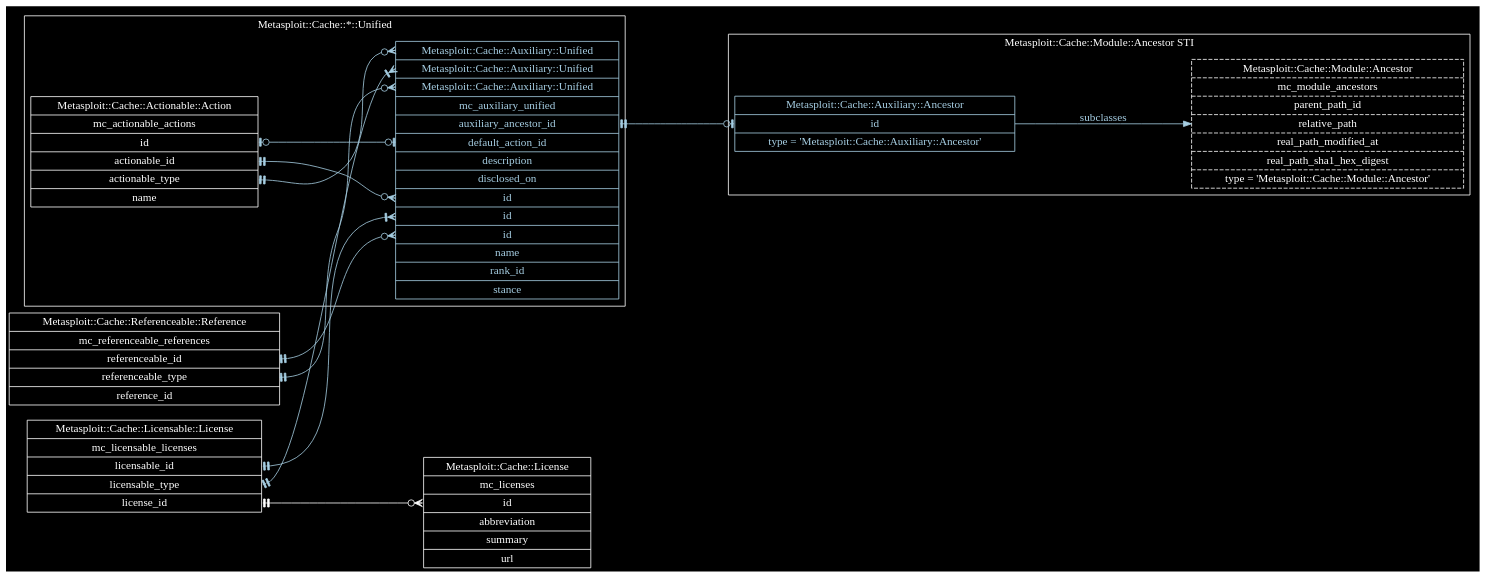
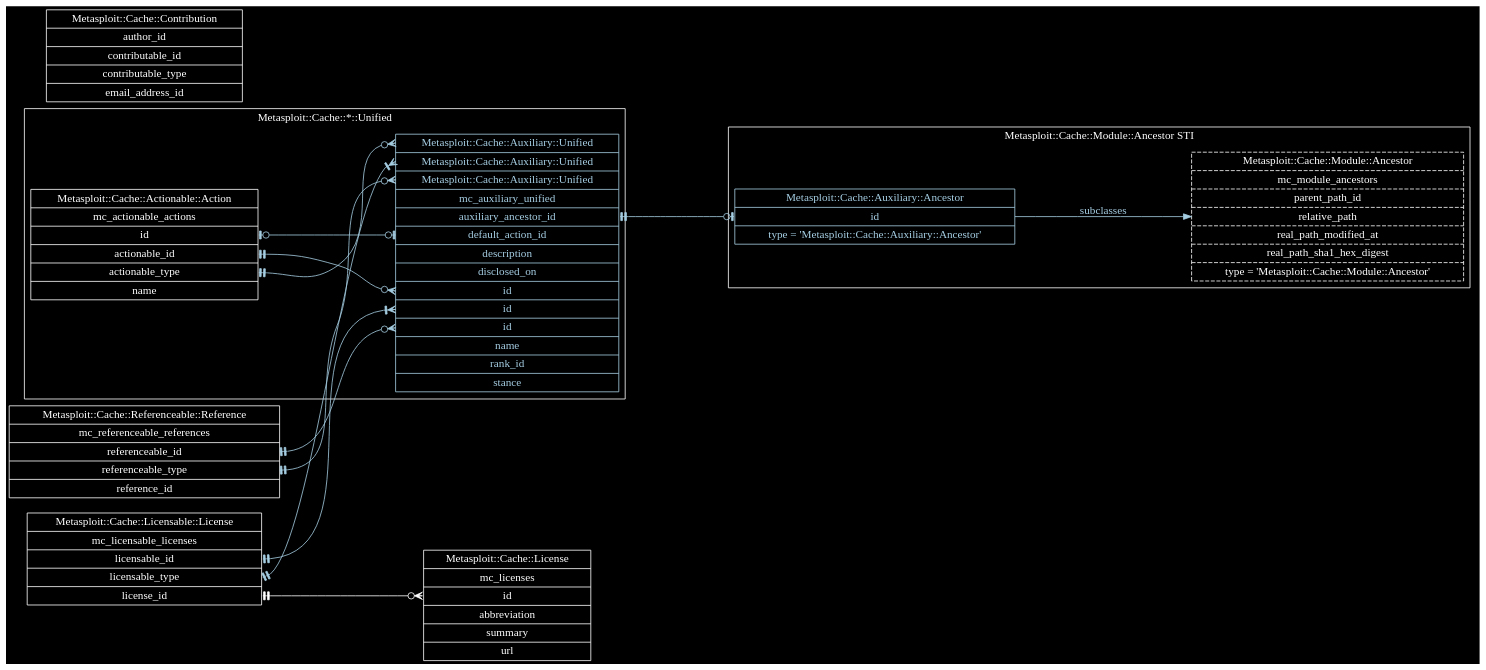
Before and after one commit to rapid7/metasploit-cache: the diagram in docs/metasploit-cache-read-model.dot, drawn with Graphviz.

Commit message:
Metasploit::Cache::Contribution in read model
MSP-12192

```diff
--- a/docs/metasploit-cache-read-model.dot
+++ b/docs/metasploit-cache-read-model.dot
@@ -1,130 +1,133 @@
 digraph "Metasploit::Cache Read Model" {
   edge [
     color = "white"
     fontcolor = "white"
   ]
   graph [
     bgcolor = "black"
     rankdir = "LR"
     ranksep = "2"
   ]
   node [
     color = "white"
     fontcolor = "white"
     shape = "record"
   ]
 
   "Metasploit::Cache::Actionable::Action" [
     label = "Metasploit::Cache::Actionable::Action | mc_actionable_actions | <id>id | <actionable_id>actionable_id | <actionable_type>actionable_type | name"
   ]
 
   "Metasploit::Cache::Actionable::Action":actionable_id -> "Metasploit::Cache::Auxiliary::Unified":id_for_actionable_id [
     arrowhead = "crowodot"
     arrowtail = "teetee"
     color = "/paired9/1"
     dir = "both"
   ]
 
   "Metasploit::Cache::Actionable::Action":actionable_type -> "Metasploit::Cache::Auxiliary::Unified":type_for_actionable_type [
     arrowhead = "crowodot"
     arrowtail = "teetee"
     color = "/paired9/1"
     dir = "both"
   ]
 
+  "Metasploit::Cache::Contribution" [
+    label = "Metasploit::Cache::Contribution | author_id | <contributable_id>contributable_id | <contributable_type>contributable_type | email_address_id"
+  ]
 
   "Metasploit::Cache::License" [
     label = "Metasploit::Cache::License | mc_licenses | <id>id | abbreviation | summary | url"
   ]
 
   "Metasploit::Cache::Licensable::License" [
     label = "Metasploit::Cache::Licensable::License | mc_licensable_licenses | <licensable_id>licensable_id | <licensable_type>licensable_type | <license_id>license_id"
   ]
 
   "Metasploit::Cache::Licensable::License":licensable_id -> "Metasploit::Cache::Auxiliary::Unified":id_for_licensable_id [
     arrowhead = "crowtee"
     arrowtail = "teetee"
     color = "/paired9/1"
     dir = "both"
   ]
 
   "Metasploit::Cache::Licensable::License":licensable_type -> "Metasploit::Cache::Auxiliary::Unified":type_for_licensable_type [
     arrowhead = "crowtee"
     arrowtail = "teetee"
     color = "/paired9/1"
     dir = "both"
   ]
 
   "Metasploit::Cache::Licensable::License":license_id -> "Metasploit::Cache::License":id [
     arrowhead = "crowodot"
     arrowtail = "teetee"
     dir = "both"
   ]
 
   "Metasploit::Cache::Referenceable::Reference" [
     label = "Metasploit::Cache::Referenceable::Reference | mc_referenceable_references | <referenceable_id>referenceable_id | <referenceable_type>referenceable_type | reference_id"
   ]
 
   "Metasploit::Cache::Referenceable::Reference":referenceable_id -> "Metasploit::Cache::Auxiliary::Unified":id_for_referenceable_id [
     arrowhead = "crowodot"
     arrowtail = "teetee"
     color = "/paired9/1"
     dir = "both"
   ]
 
   "Metasploit::Cache::Referenceable::Reference":referenceable_type -> "Metasploit::Cache::Auxiliary::Unified":type_for_referenceable_type [
     arrowhead = "crowodot"
     arrowtail = "teetee"
     color = "/paired9/1"
     dir = "both"
   ]
 
   subgraph cluster_mc_module_ancestors {
     color = "white"
     fontcolor = "white"
     label = "Metasploit::Cache::Module::Ancestor STI"
 
     "Metasploit::Cache::Module::Ancestor" [
       label = "Metasploit::Cache::Module::Ancestor | mc_module_ancestors | parent_path_id | relative_path | real_path_modified_at | real_path_sha1_hex_digest | type = 'Metasploit::Cache::Module::Ancestor'"
       style = "dashed"
     ]
 
     "Metasploit::Cache::Auxiliary::Ancestor" [
       fontcolor = "/paired9/1"
       label = "Metasploit::Cache::Auxiliary::Ancestor | <id>id | type = 'Metasploit::Cache::Auxiliary::Ancestor'"
       color = "/paired9/1"
     ]
 
     "Metasploit::Cache::Auxiliary::Ancestor" -> "Metasploit::Cache::Module::Ancestor" [
       color = "/paired9/1"
       fontcolor = "/paired9/1"
       label = "subclasses"
     ]
   }
 
   subgraph cluster_metasploit_cache_unified {
     color = "white"
     fontcolor = "white"
     label = "Metasploit::Cache::*::Unified"
 
     "Metasploit::Cache::Auxiliary::Unified" [
       color = "/paired9/1"
       fontcolor = "/paired9/1"
       label = "<type_for_actionable_type>Metasploit::Cache::Auxiliary::Unified | <type_for_licensable_type>Metasploit::Cache::Auxiliary::Unified | <type_for_referenceable_type>Metasploit::Cache::Auxiliary::Unified | mc_auxiliary_unified | <auxiliary_ancestor_id>auxiliary_ancestor_id | <default_action_id>default_action_id | description | disclosed_on | <id_for_actionable_id>id | <id_for_licensable_id>id | <id_for_referenceable_id>id | name | rank_id | stance"
     ]
 
     "Metasploit::Cache::Auxiliary::Unified":auxiliary_ancestor_id -> "Metasploit::Cache::Auxiliary::Ancestor":id [
       arrowhead = "teeodot"
       arrowtail = "teetee"
       color = "/paired9/1"
       dir = "both"
     ]
 
     "Metasploit::Cache::Auxiliary::Unified":default_action_id -> "Metasploit::Cache::Actionable::Action":id [
       arrowhead = "teeodot"
       arrowtail = "teeodot"
       color = "/paired9/1"
       dir = "both"
     ]
   }
 }
```
